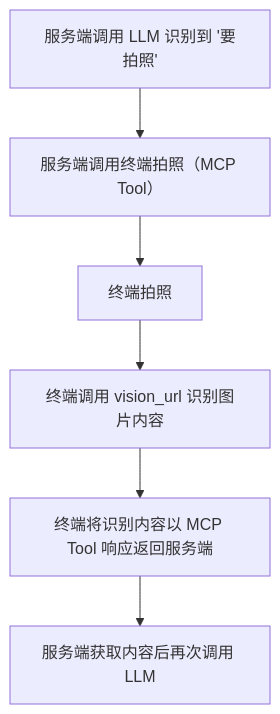
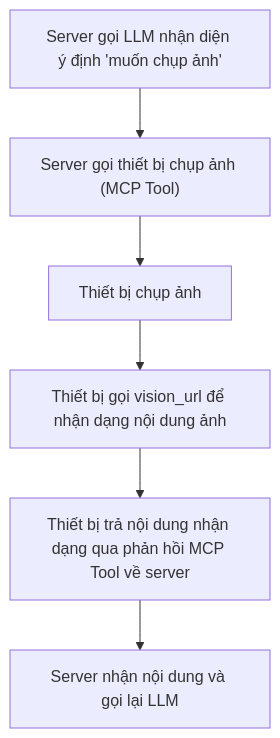
One commit to QuocTho228/milestones-esp32-server-golang changed the diagram in doc/vision.md. Above: the diagram before and after it, drawn with Mermaid. The commit also changed other lines of this file and 50 other files, not shown here.

````diff
--- a/doc/vision.md
+++ b/doc/vision.md
@@ -77,8 +77,8 @@
 ```mermaid
 flowchart TD
-    A["服务端调用 LLM 识别到 '要拍照'"] --> B["服务端调用终端拍照（MCP Tool）"]
-    B --> C["终端拍照"]
-    C --> D["终端调用 vision_url 识别图片内容"]
-    D --> E["终端将识别内容以 MCP Tool 响应返回服务端"]
-    E --> F["服务端获取内容后再次调用 LLM"]
+    A["Server gọi LLM nhận diện ý định 'muốn chụp ảnh'"] --> B["Server gọi thiết bị chụp ảnh (MCP Tool)"]
+    B --> C["Thiết bị chụp ảnh"]
+    C --> D["Thiết bị gọi vision_url để nhận dạng nội dung ảnh"]
+    D --> E["Thiết bị trả nội dung nhận dạng qua phản hồi MCP Tool về server"]
+    E --> F["Server nhận nội dung và gọi lại LLM"]
 ```
````
